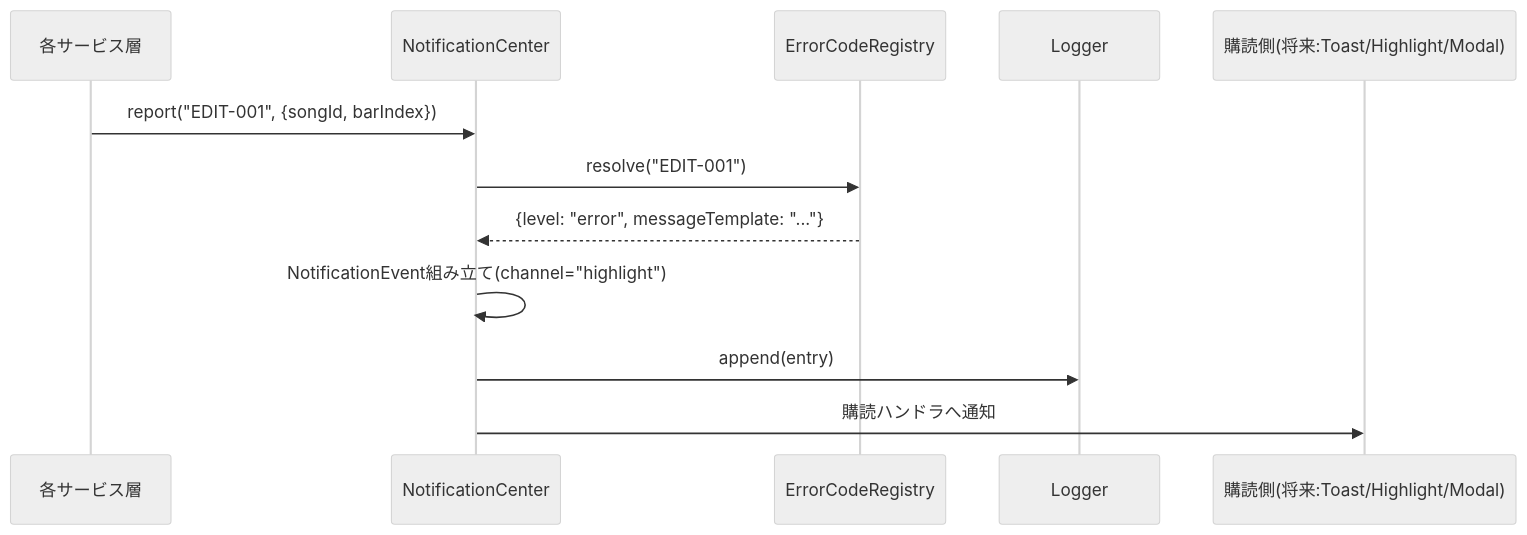
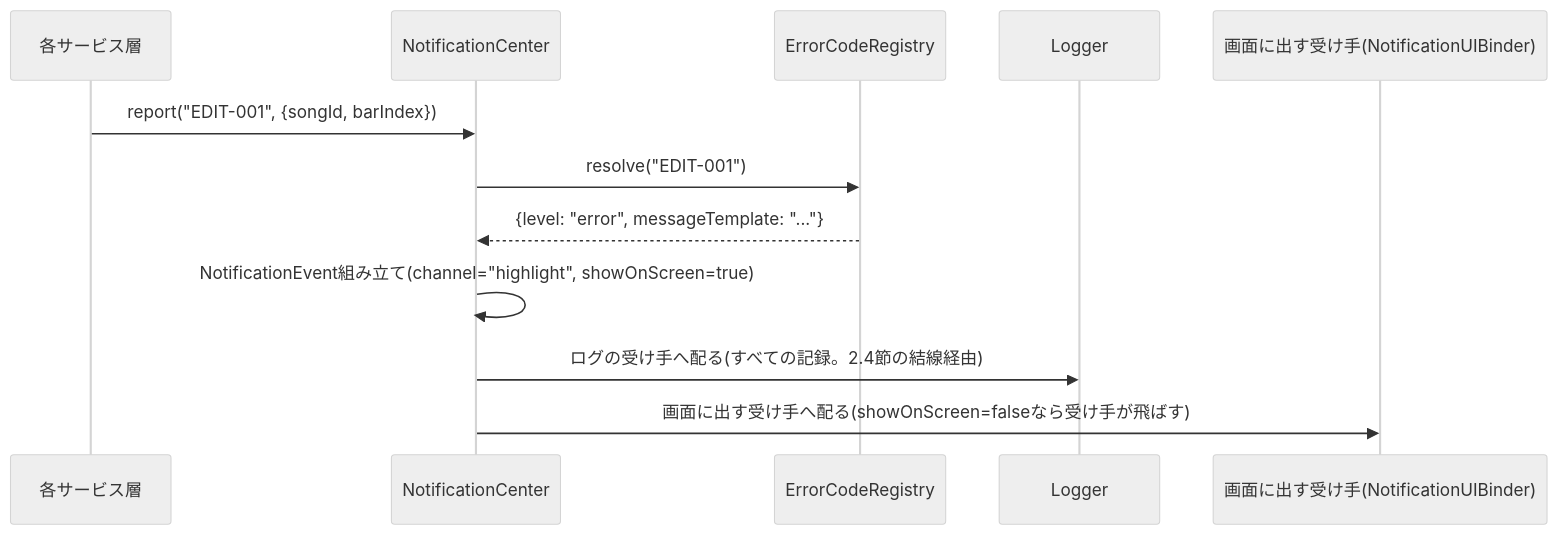
The first of 3 diagrams in docs/detailed_design/error-logging-foundation.md (ippoooooshi/RiFF-LiNE), drawn with Mermaid (neutral theme) before and after one commit. The commit also changed other lines of this file and 618 other files, not shown here.

````diff
--- a/docs/detailed_design/error-logging-foundation.md
+++ b/docs/detailed_design/error-logging-foundation.md
@@ -69,14 +180,14 @@
 ```mermaid
 sequenceDiagram
     participant SRC as 各サービス層
     participant NC as NotificationCenter
     participant REG as ErrorCodeRegistry
     participant LOG as Logger
-    participant SUB as 購読側(将来:Toast/Highlight/Modal)
+    participant SUB as 画面に出す受け手(NotificationUIBinder)
     SRC->>NC: report("EDIT-001", {songId, barIndex})
     NC->>REG: resolve("EDIT-001")
     REG-->>NC: {level: "error", messageTemplate: "..."}
-    NC->>NC: NotificationEvent組み立て(channel="highlight")
-    NC->>LOG: append(entry)
-    NC->>SUB: 購読ハンドラへ通知
+    NC->>NC: NotificationEvent組み立て(channel="highlight", showOnScreen=true)
+    NC->>LOG: ログの受け手へ配る(すべての記録。2.4節の結線経由)
+    NC->>SUB: 画面に出す受け手へ配る(showOnScreen=falseなら受け手が飛ばす)
 ```
````
